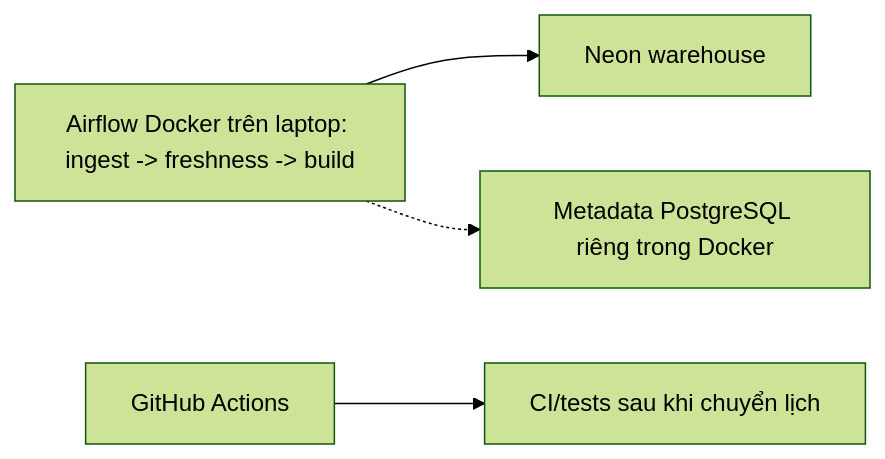
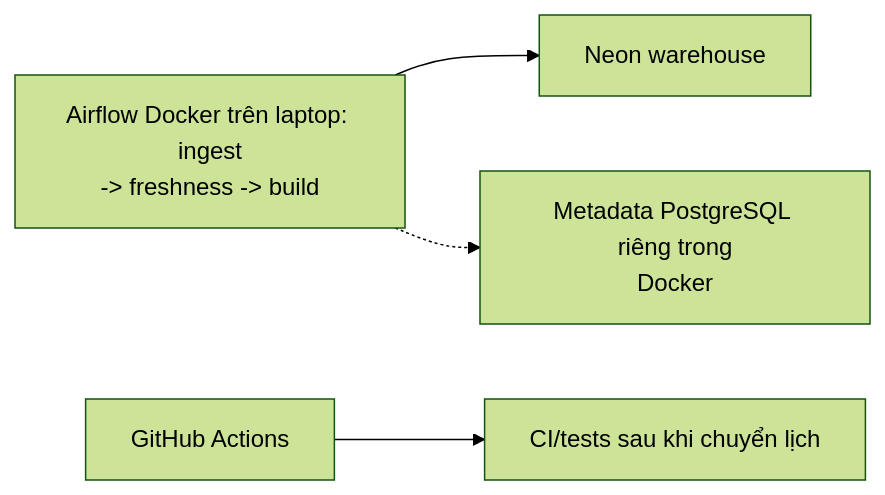
The fourth of 4 diagrams in SYSTEM_DESIGN_GUIDE.md (PhucTruong11/laplaptech_pipeline), drawn with Mermaid (forest theme) before and after one commit. The commit also changed other lines of this file and 60 other files, not shown here.

````diff
--- a/SYSTEM_DESIGN_GUIDE.md
+++ b/SYSTEM_DESIGN_GUIDE.md
@@ -145,6 +136,7 @@
 ```mermaid
+%%{init: {"flowchart": {"htmlLabels": false}}}%%
 flowchart LR
-    AF["Airflow Docker trên laptop: ingest -> freshness -> build"] --> NEON["Neon warehouse"]
-    AF -.-> META["Metadata PostgreSQL riêng trong Docker"]
+    AF["Airflow Docker trên laptop: ingest<br/>-> freshness -> build"] --> NEON["Neon warehouse"]
+    AF -.-> META["Metadata PostgreSQL riêng trong<br/>Docker"]
     GHA["GitHub Actions"] --> CI["CI/tests sau khi chuyển lịch"]
 ```
````
